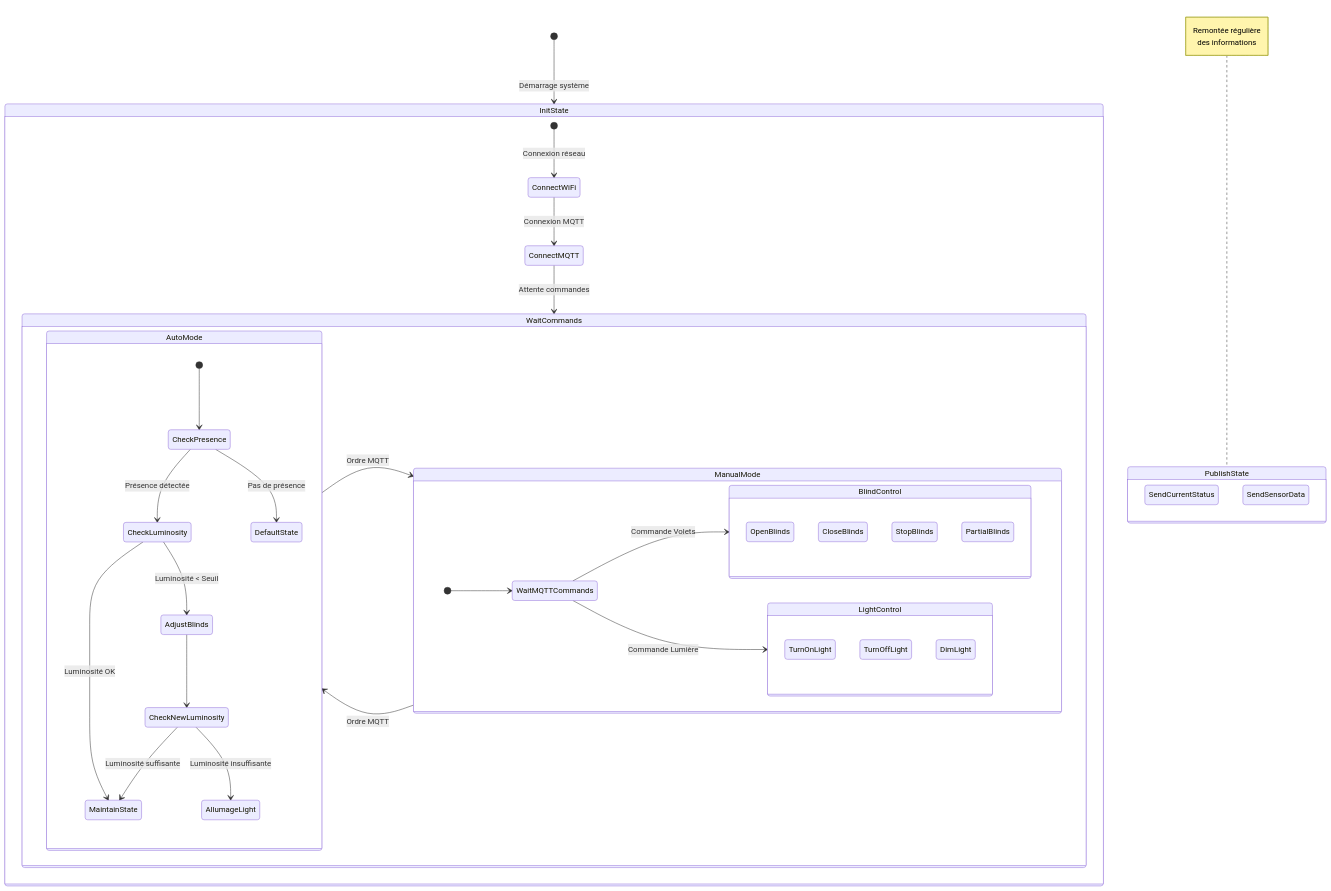
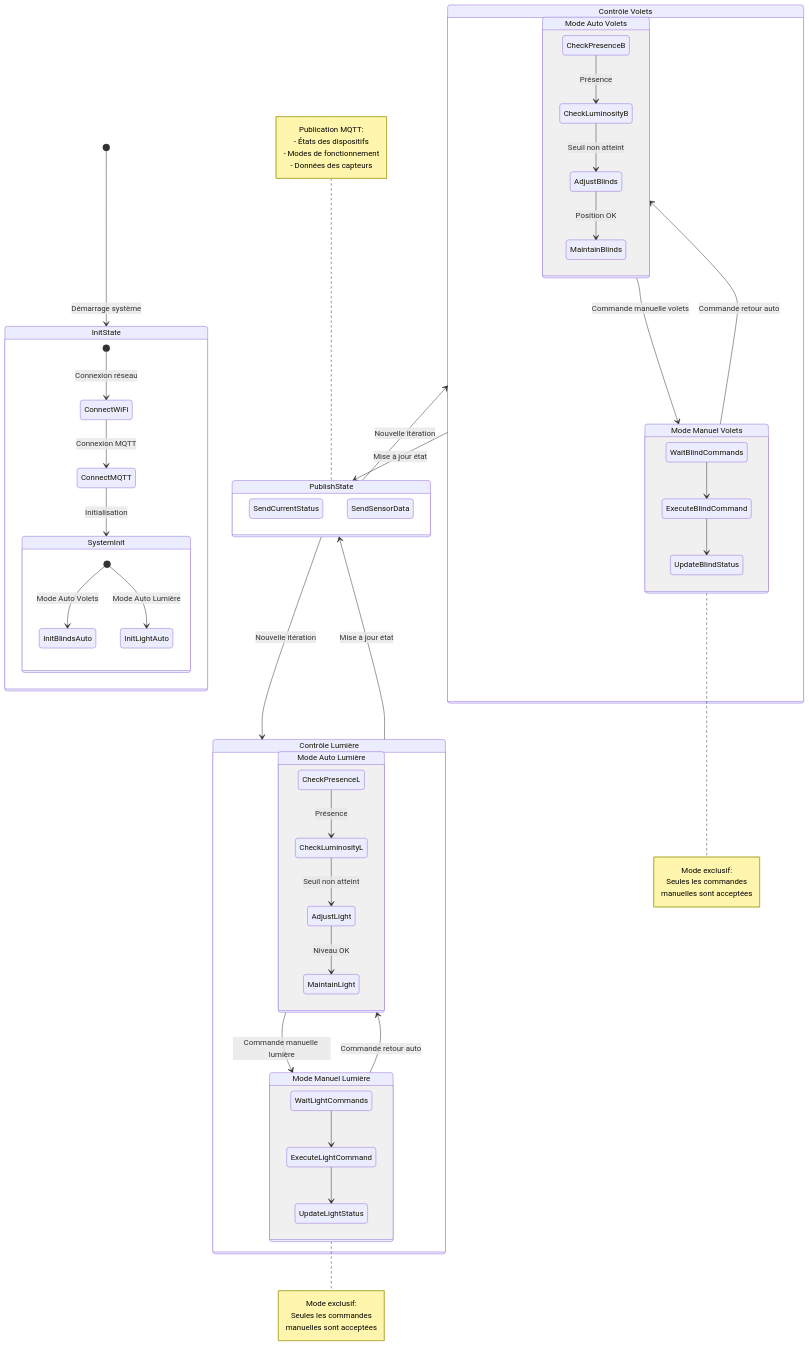
One commit to Juuunnne/IoT_volet changed the first of 3 diagrams in README.md. Above: the diagram before and after it, drawn with Mermaid.

Commit message:
update logic diagramm , adding auto/manuel mode

````diff
--- a/README.md
+++ b/README.md
@@ -25,61 +25,77 @@
 ```mermaid
 stateDiagram-v2
     direction TB
     [*] --> InitState : Démarrage système
-    
+   
     state InitState {
         [*] --> ConnectWiFi : Connexion réseau
         ConnectWiFi --> ConnectMQTT : Connexion MQTT
-        ConnectMQTT --> WaitCommands : Attente commandes
+        ConnectMQTT --> SystemInit : Initialisation
     }
-    
-    state WaitCommands {
-        direction LR
-        AutoMode --> ManualMode : Ordre MQTT
-        ManualMode --> AutoMode : Ordre MQTT
+
+    state SystemInit {
+        [*] --> InitBlindsAuto : Mode Auto Volets
+        [*] --> InitLightAuto : Mode Auto Lumière
     }
-    
-    state AutoMode {
-        direction TB
-        [*] --> CheckPresence
-        CheckPresence --> CheckLuminosity : Présence détectée
-        CheckPresence --> DefaultState : Pas de présence
+   
+    state "Contrôle Volets" as BlindsControl {
+        state "Mode Auto Volets" as BlindsAuto {
+            CheckPresenceB --> CheckLuminosityB : Présence
+            CheckLuminosityB --> AdjustBlinds : Seuil non atteint
+            AdjustBlinds --> MaintainBlinds : Position OK
+        }
         
-        CheckLuminosity --> AdjustBlinds : Luminosité < Seuil
-        CheckLuminosity --> MaintainState : Luminosité OK
+        state "Mode Manuel Volets" as BlindsManual {
+            WaitBlindCommands --> ExecuteBlindCommand
+            ExecuteBlindCommand --> UpdateBlindStatus
+        }
+    }
+
+    state "Contrôle Lumière" as LightControl {
+        state "Mode Auto Lumière" as LightAuto {
+            CheckPresenceL --> CheckLuminosityL : Présence
+            CheckLuminosityL --> AdjustLight : Seuil non atteint
+            AdjustLight --> MaintainLight : Niveau OK
+        }
         
-        AdjustBlinds --> CheckNewLuminosity
-        CheckNewLuminosity --> AllumageLight : Luminosité insuffisante
-        CheckNewLuminosity --> MaintainState : Luminosité suffisante
+        state "Mode Manuel Lumière" as LightManual {
+            WaitLightCommands --> ExecuteLightCommand
+            ExecuteLightCommand --> UpdateLightStatus
+        }
     }
-    
-    state ManualMode {
-        direction LR
-        [*] --> WaitMQTTCommands
-        WaitMQTTCommands --> BlindControl : Commande Volets
-        WaitMQTTCommands --> LightControl : Commande Lumière
-    }
-    
-    state BlindControl {
-        OpenBlinds
-        CloseBlinds
-        StopBlinds
-        PartialBlinds
-    }
-    
-    state LightControl {
-        TurnOnLight
-        TurnOffLight
-        DimLight
-    }
-    
+
     state PublishState {
         SendCurrentStatus
         SendSensorData
     }
-    
+
+    BlindsAuto --> BlindsManual : Commande manuelle volets
+    BlindsManual --> BlindsAuto : Commande retour auto
+
+    LightAuto --> LightManual : Commande manuelle lumière
+    LightManual --> LightAuto : Commande retour auto
+
+    BlindsControl --> PublishState : Mise à jour état
+    LightControl --> PublishState : Mise à jour état
+    PublishState --> BlindsControl : Nouvelle itération
+    PublishState --> LightControl : Nouvelle itération
+
+    note right of BlindsManual
+        Mode exclusif:
+        Seules les commandes
+        manuelles sont acceptées
+    end note
+
+    note right of LightManual
+        Mode exclusif:
+        Seules les commandes
+        manuelles sont acceptées
+    end note
+
     note left of PublishState
-      Remontée régulière 
-      des informations
+        Publication MQTT:
+        - États des dispositifs
+        - Modes de fonctionnement
+        - Données des capteurs
     end note
 ```
````
